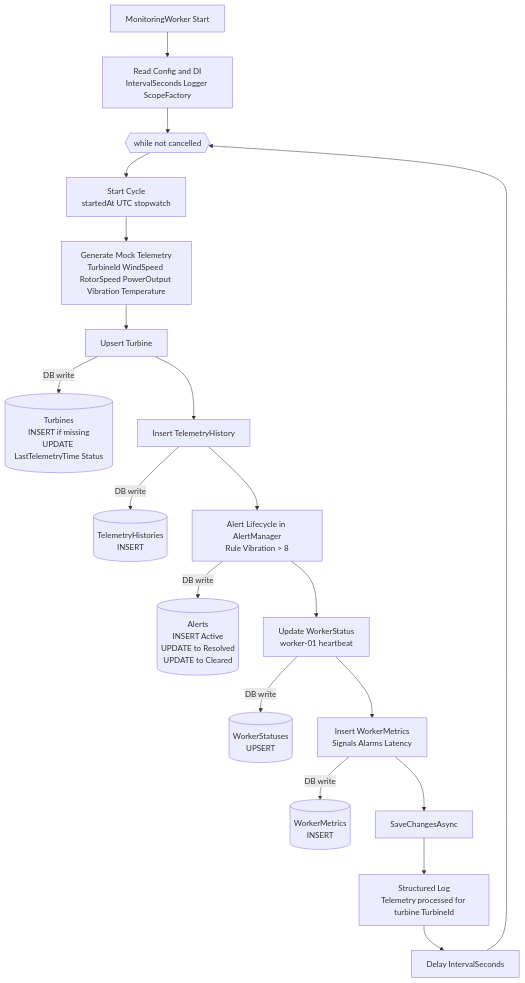
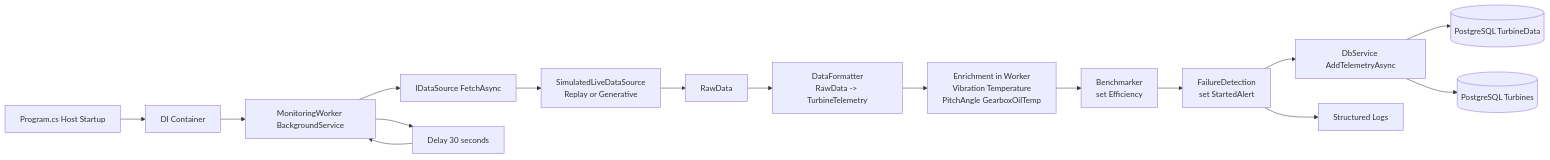
The diagram in README.md (palpapig/COMP702-WindTurbine), drawn with Mermaid before and after one commit. The commit also changed other lines of this file and 2 other files, not shown here.

Commit message:
Update README and Sprint 1 architecture documentation

````diff
--- a/README.md
+++ b/README.md
@@ -17,27 +24,22 @@
 ```mermaid
-flowchart TD
-    A[MonitoringWorker Start] --> B[Read Config and DI<br/>IntervalSeconds Logger ScopeFactory]
-    B --> C{{while not cancelled}}
-    C --> D[Start Cycle<br/>startedAt UTC stopwatch]
-    D --> E[Generate Mock Telemetry<br/>TurbineId WindSpeed RotorSpeed PowerOutput Vibration Temperature]
+flowchart LR
+    A[Program.cs Host Startup] --> B[DI Container]
+    B --> C[MonitoringWorker BackgroundService]
 
-    E --> F[Upsert Turbine]
-    F -->|DB write| DB1[(Turbines<br/>INSERT if missing<br/>UPDATE LastTelemetryTime Status)]
+    C --> D[IDataSource FetchAsync]
+    D --> E[SimulatedLiveDataSource\nReplay or Generative]
+    E --> F[RawData]
 
-    F --> G[Insert TelemetryHistory]
-    G -->|DB write| DB2[(TelemetryHistories<br/>INSERT)]
+    F --> G[DataFormatter\nRawData -> TurbineTelemetry]
+    G --> H[Enrichment in Worker\nVibration Temperature\nPitchAngle GearboxOilTemp]
+    H --> I[Benchmarker\nset Efficiency]
+    I --> J[FailureDetection\nset StartedAlert]
 
-    G --> H[Alert Lifecycle in AlertManager<br/>Rule Vibration > 8]
-    H -->|DB write| DB3[(Alerts<br/>INSERT Active<br/>UPDATE to Resolved<br/>UPDATE to Cleared)]
+    J --> K[DbService AddTelemetryAsync]
+    K --> L[(PostgreSQL TurbineData)]
+    K --> M[(PostgreSQL Turbines)]
 
-    H --> I[Update WorkerStatus<br/>worker-01 heartbeat]
-    I -->|DB write| DB4[(WorkerStatuses<br/>UPSERT)]
-
-    I --> J[Insert WorkerMetrics<br/>Signals Alarms Latency]
-    J -->|DB write| DB5[(WorkerMetrics<br/>INSERT)]
-
-    J --> K[SaveChangesAsync]
-    K --> L[Structured Log<br/>Telemetry processed for turbine TurbineId]
-    L --> M[Delay IntervalSeconds]
-    M --> C
+    J --> N[Structured Logs]
+    C --> O[Delay 30 seconds]
+    O --> C
 ```
````
